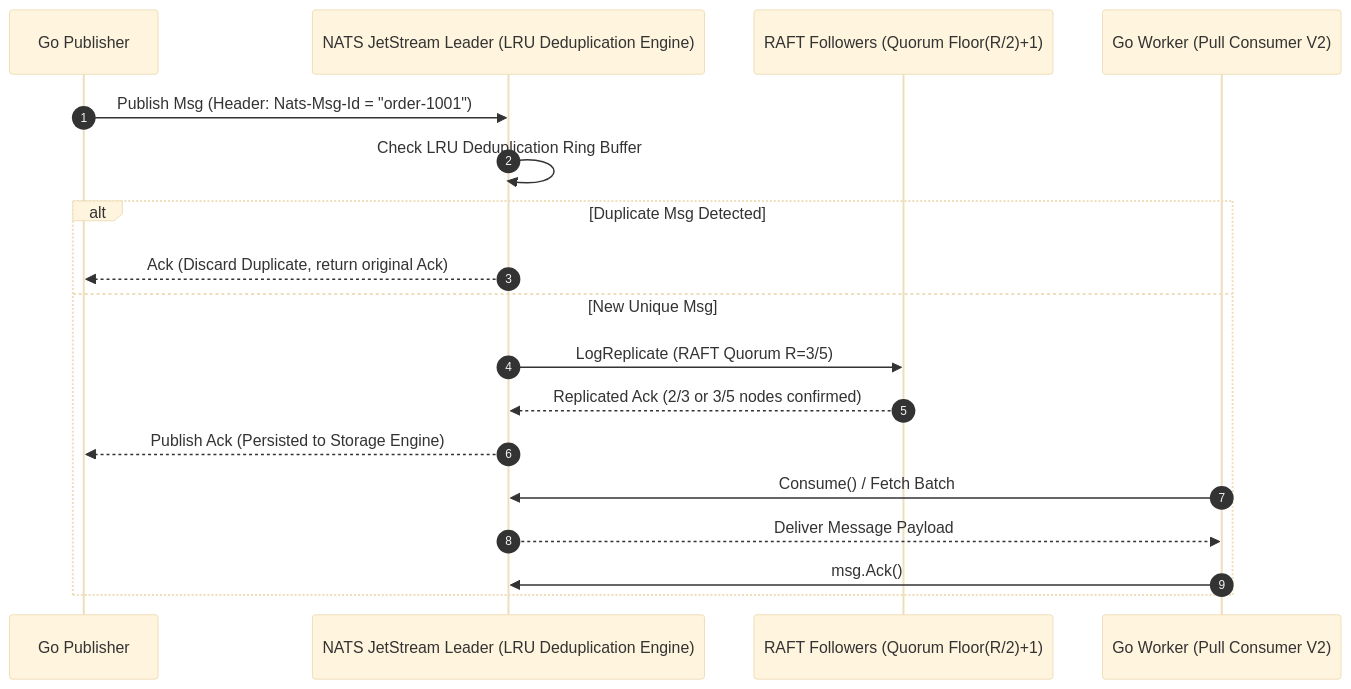
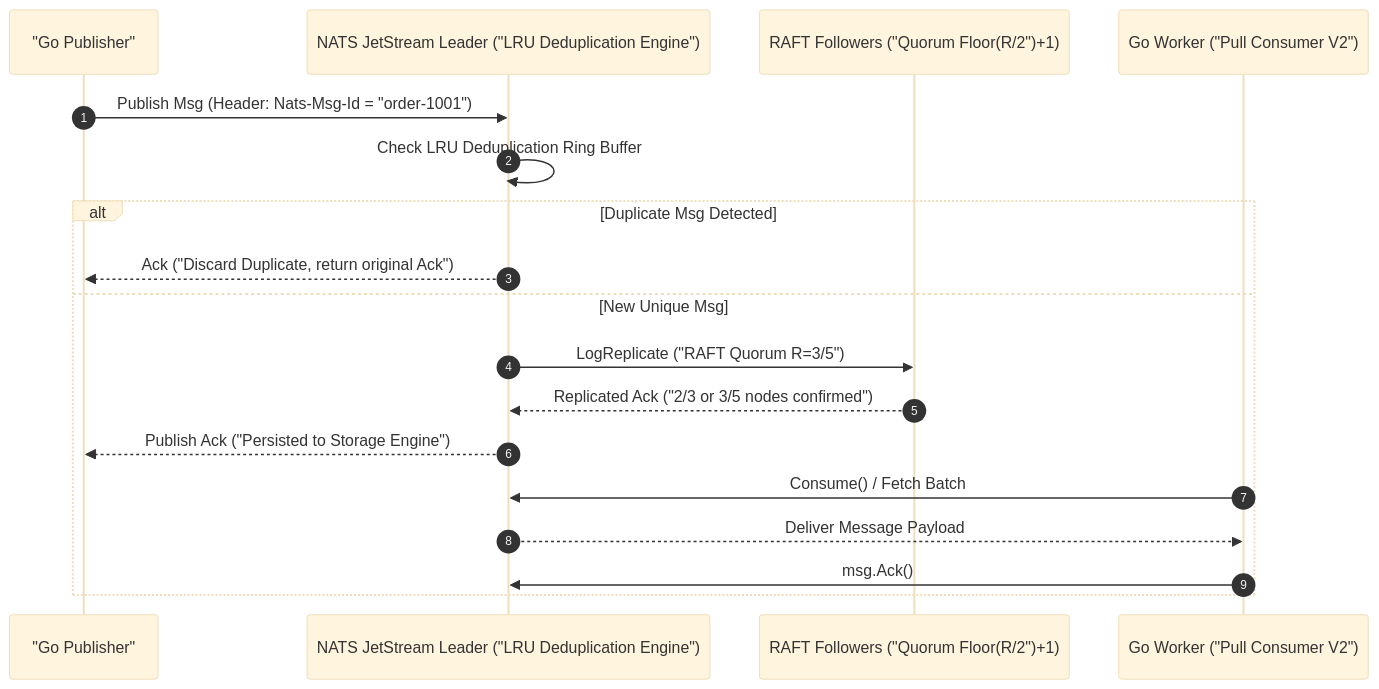
One commit to vesviet/vesviet changed the diagram in content/series/cornerstone-technologies/nats-jetstream-golang-production-guide.md. Above: the diagram before and after it, drawn with Mermaid (base theme). The commit also changed other lines of this file and 331 other files, not shown here.

````diff
--- a/content/series/cornerstone-technologies/nats-jetstream-golang-production-guide.md
+++ b/content/series/cornerstone-technologies/nats-jetstream-golang-production-guide.md
@@ -38,21 +42,21 @@
 ```mermaid
 sequenceDiagram
     autonumber
-    participant Pub as Go Publisher
-    participant Broker as NATS JetStream Leader (LRU Deduplication Engine)
-    participant Quorum as RAFT Followers (Quorum Floor(R/2)+1)
-    participant Sub as Go Worker (Pull Consumer V2)
+    participant Pub as "Go Publisher"
+    participant Broker as NATS JetStream Leader ("LRU Deduplication Engine")
+    participant Quorum as RAFT Followers ("Quorum Floor(R/2")+1)
+    participant Sub as Go Worker ("Pull Consumer V2")
 
     Pub->>Broker: Publish Msg (Header: Nats-Msg-Id = "order-1001")
     Broker->>Broker: Check LRU Deduplication Ring Buffer
     alt Duplicate Msg Detected
-        Broker-->>Pub: Ack (Discard Duplicate, return original Ack)
+        Broker-->>Pub: Ack ("Discard Duplicate, return original Ack")
     else New Unique Msg
-        Broker->>Quorum: LogReplicate (RAFT Quorum R=3/5)
-        Quorum-->>Broker: Replicated Ack (2/3 or 3/5 nodes confirmed)
-        Broker-->>Pub: Publish Ack (Persisted to Storage Engine)
+        Broker->>Quorum: LogReplicate ("RAFT Quorum R=3/5")
+        Quorum-->>Broker: Replicated Ack ("2/3 or 3/5 nodes confirmed")
+        Broker-->>Pub: Publish Ack ("Persisted to Storage Engine")
         Sub->>Broker: Consume() / Fetch Batch
         Broker-->>Sub: Deliver Message Payload
         Sub->>Broker: msg.Ack()
     end
 ```
````
